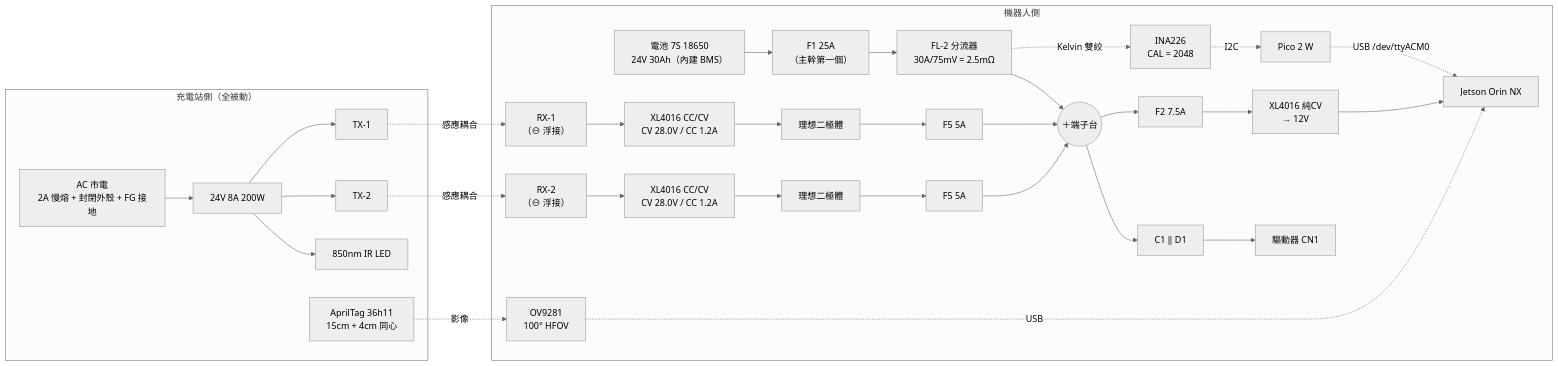
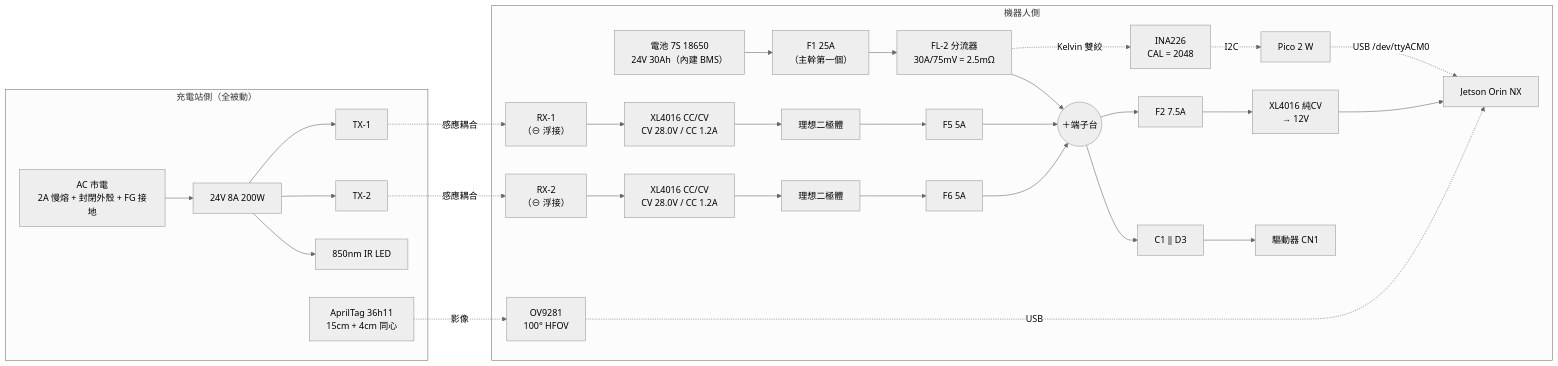
One commit to liang0929/delivery_robot changed the second of 2 diagrams in docs/power_design.md. Above: the diagram before and after it, drawn with Mermaid (neutral theme). The commit also changed other lines of this file, not shown here.

````diff
--- a/docs/power_design.md
+++ b/docs/power_design.md
@@ -1085,50 +1099,50 @@
 ```mermaid
 flowchart LR
     subgraph ROBOT["機器人側"]
         BAT["電池 7S 18650<br/>24V 30Ah（內建 BMS）"]
         F1N["F1 25A<br/>（主幹第一個）"]
         SHUNT["FL-2 分流器<br/>30A/75mV = 2.5mΩ"]
         INA["INA226<br/>CAL = 2048"]
         PICO["Pico 2 W"]
         JETN["Jetson Orin NX"]
         TBP(("＋端子台"))
         F2N["F2 7.5A"]
         DC12N["XL4016 純CV<br/>→ 12V"]
-        SNUBN["C1 ‖ D1"]
+        SNUBN["C1 ‖ D3"]
         DRVN["驅動器 CN1"]
         F5A["F5 5A"]
-        F5B["F5 5A"]
+        F5B["F6 5A"]
         IDA["理想二極體"]
         IDB["理想二極體"]
         BKA["XL4016 CC/CV<br/>CV 28.0V / CC 1.2A"]
         BKB["XL4016 CC/CV<br/>CV 28.0V / CC 1.2A"]
         RXA["RX-1<br/>（⊖ 浮接）"]
         RXB["RX-2<br/>（⊖ 浮接）"]
         CAM["OV9281<br/>100° HFOV"]
     end
 
     subgraph STATION["充電站側（全被動）"]
         AC["AC 市電<br/>2A 慢熔 + 封閉外殼 + FG 接地"]
         PSU["24V 8A 200W"]
         TXA["TX-1"]
         TXB["TX-2"]
         IRL["850nm IR LED"]
         TAG["AprilTag 36h11<br/>15cm + 4cm 同心"]
     end
 
     BAT --> F1N --> SHUNT --> TBP
     SHUNT -.->|"Kelvin 雙絞"| INA
     INA -.->|"I2C"| PICO
     PICO -.->|"USB /dev/ttyACM0"| JETN
     TBP --> SNUBN --> DRVN
     TBP --> F2N --> DC12N --> JETN
     RXA --> BKA --> IDA --> F5A --> TBP
     RXB --> BKB --> IDB --> F5B --> TBP
     TXA -.->|"感應耦合"| RXA
     TXB -.->|"感應耦合"| RXB
     AC --> PSU --> TXA
     PSU --> TXB
     PSU --> IRL
     TAG -.->|"影像"| CAM
     CAM -.->|"USB"| JETN
 ```
````
